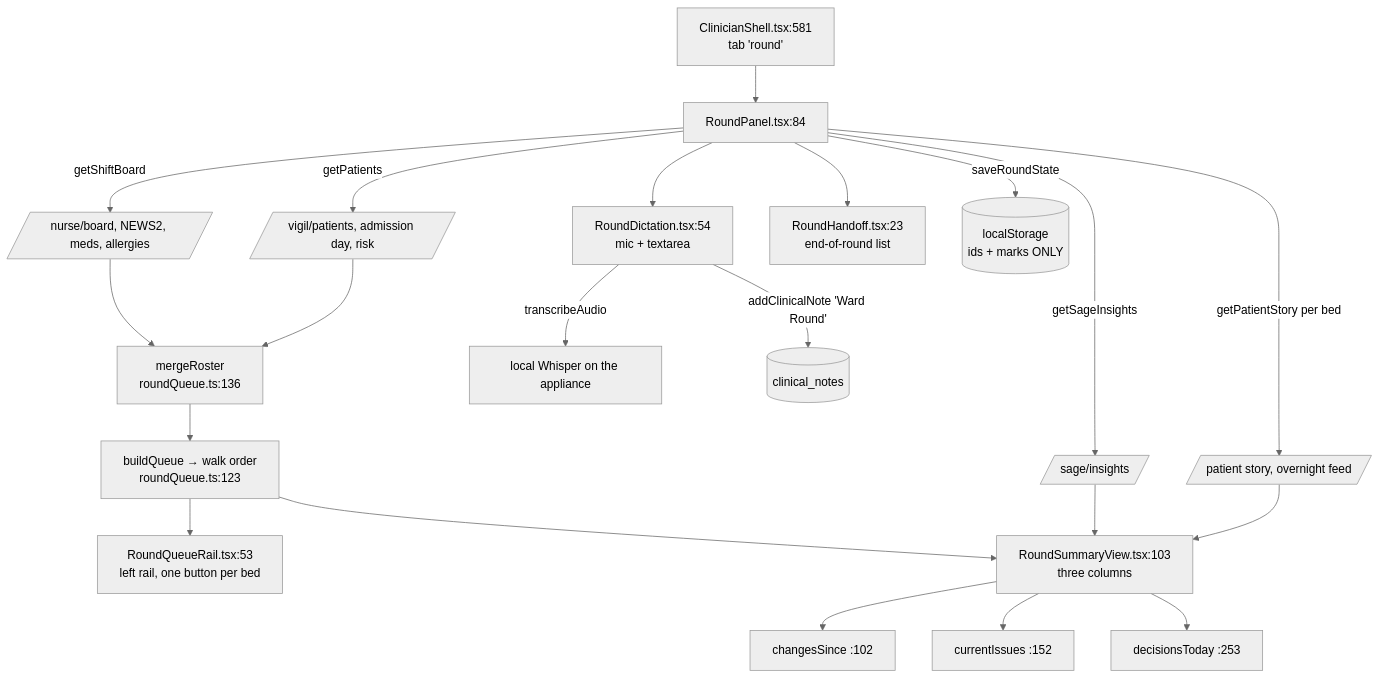
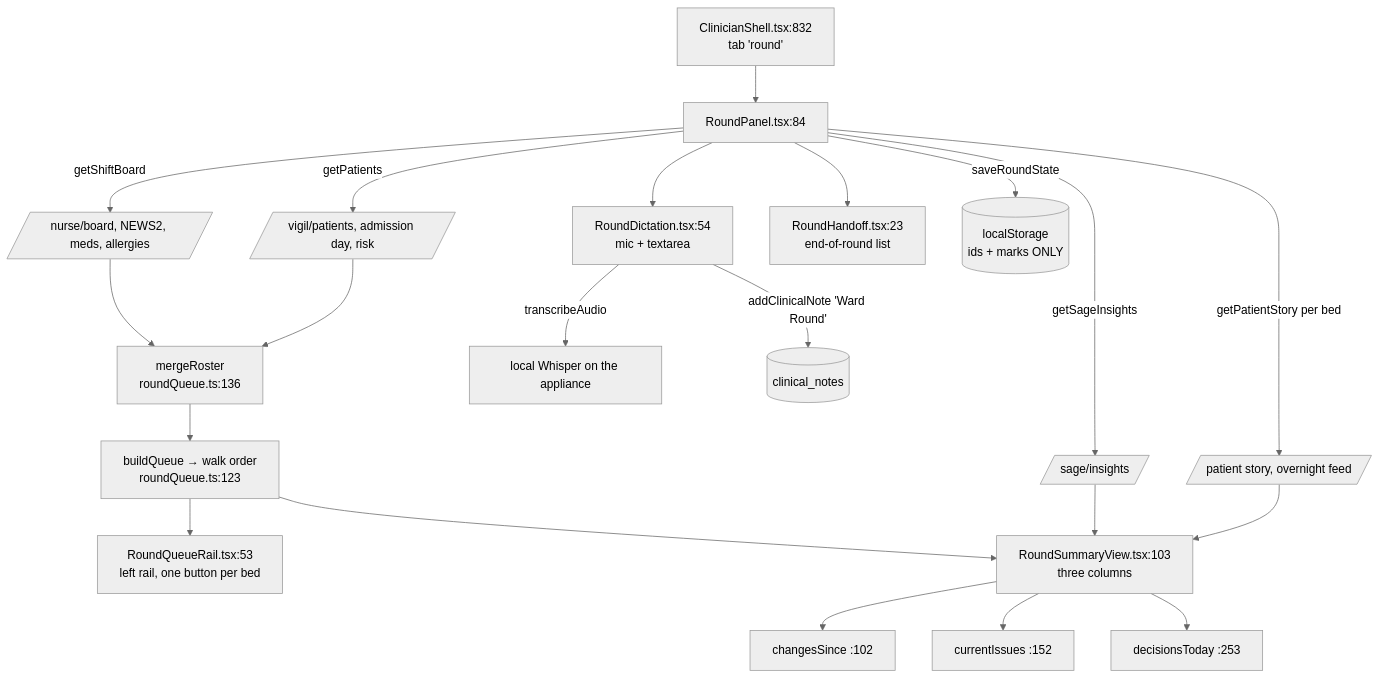
The first of 2 diagrams in docs/guide/38-ward-round-mode.md (samuelmorningstar23/Orb), drawn with Mermaid (neutral theme) before and after one commit. The commit also changed other lines of this file and 135 other files, not shown here.

````diff
--- a/docs/guide/38-ward-round-mode.md
+++ b/docs/guide/38-ward-round-mode.md
@@ -36,23 +36,23 @@
 ```mermaid
 graph TD
-  SHELL[ClinicianShell.tsx:581<br/>tab 'round'] --> PANEL[RoundPanel.tsx:84]
+  SHELL[ClinicianShell.tsx:832<br/>tab 'round'] --> PANEL[RoundPanel.tsx:84]
   PANEL -->|getShiftBoard| B1[/nurse/board, NEWS2, meds, allergies/]
   PANEL -->|getPatients| B2[/vigil/patients, admission day, risk/]
   PANEL -->|getSageInsights| B3[/sage/insights/]
   PANEL -->|getPatientStory per bed| B4[/patient story, overnight feed/]
   B1 --> MERGE[mergeRoster<br/>roundQueue.ts:136]
   B2 --> MERGE
   MERGE --> Q[buildQueue → walk order<br/>roundQueue.ts:123]
   Q --> RAIL[RoundQueueRail.tsx:53<br/>left rail, one button per bed]
   Q --> SUM[RoundSummaryView.tsx:103<br/>three columns]
   B3 --> SUM
   B4 --> SUM
   SUM --> D1[changesSince :102]
   SUM --> D2[currentIssues :152]
   SUM --> D3[decisionsToday :253]
   PANEL --> DICT[RoundDictation.tsx:54<br/>mic + textarea]
   DICT -->|transcribeAudio| ASR[local Whisper on the appliance]
   DICT -->|addClinicalNote 'Ward Round'| CHART[(clinical_notes)]
   PANEL --> HAND[RoundHandoff.tsx:23<br/>end-of-round list]
   PANEL -->|saveRoundState| LS[(localStorage<br/>ids + marks ONLY)]
 ```
````
